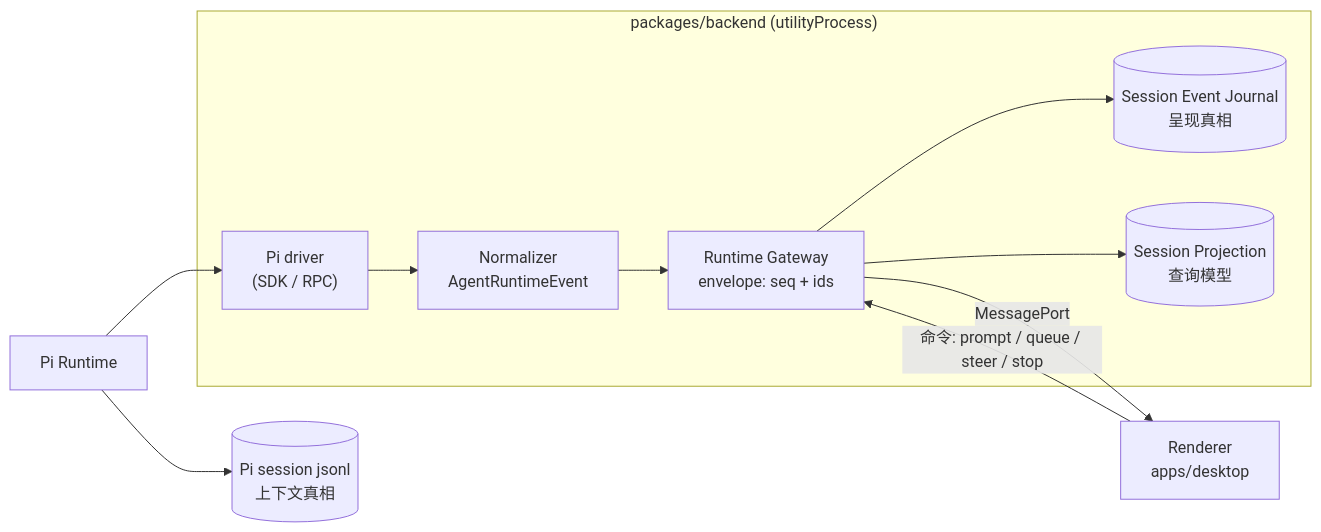
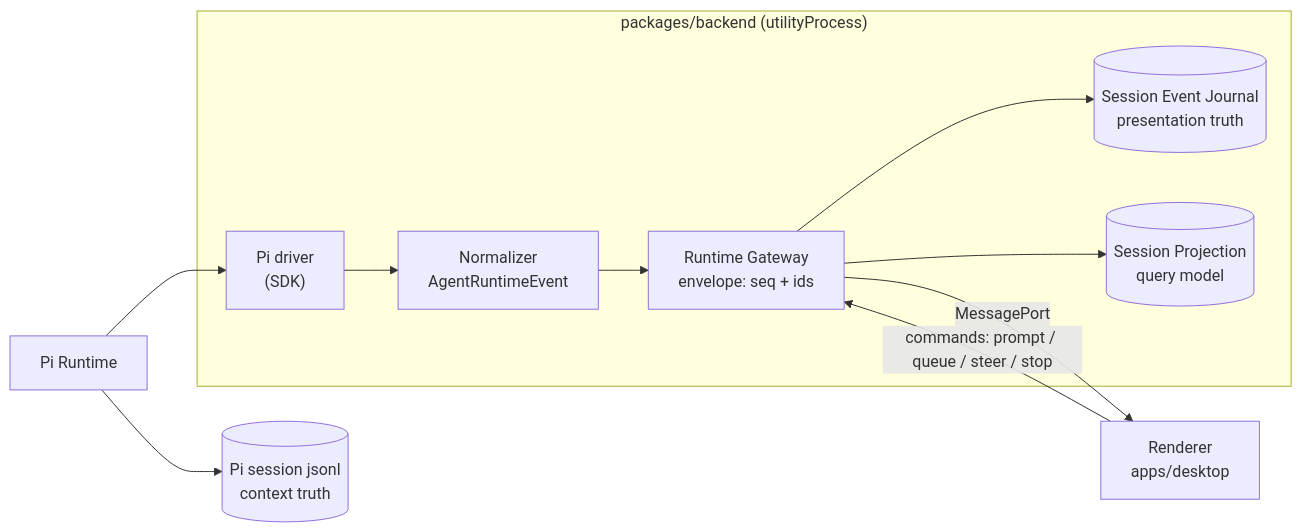
Before and after one commit to BubblePtr/PiGUI: the diagram in README.zh-CN.md, drawn with Mermaid. The commit also changed other lines of this file and 2 other files, not shown here.

````diff
--- a/README.zh-CN.md
+++ b/README.zh-CN.md
@@ -52,13 +57,13 @@
 ```mermaid
 flowchart LR
   subgraph backend["packages/backend (utilityProcess)"]
-    D["Pi driver<br/>(SDK / RPC)"] --> N["Normalizer<br/>AgentRuntimeEvent"]
+    D["Pi driver<br/>(SDK)"] --> N["Normalizer<br/>AgentRuntimeEvent"]
     N --> G["Runtime Gateway<br/>envelope: seq + ids"]
-    G --> J[("Session Event Journal<br/>呈现真相")]
-    G --> P[("Session Projection<br/>查询模型")]
+    G --> J[("Session Event Journal<br/>presentation truth")]
+    G --> P[("Session Projection<br/>query model")]
   end
   Pi["Pi Runtime"] --> D
-  Pi --> L[("Pi session jsonl<br/>上下文真相")]
+  Pi --> L[("Pi session jsonl<br/>context truth")]
   G -->|MessagePort| R["Renderer<br/>apps/desktop"]
-  R -->|"命令: prompt / queue / steer / stop"| G
+  R -->|"commands: prompt / queue / steer / stop"| G
 ```
````
